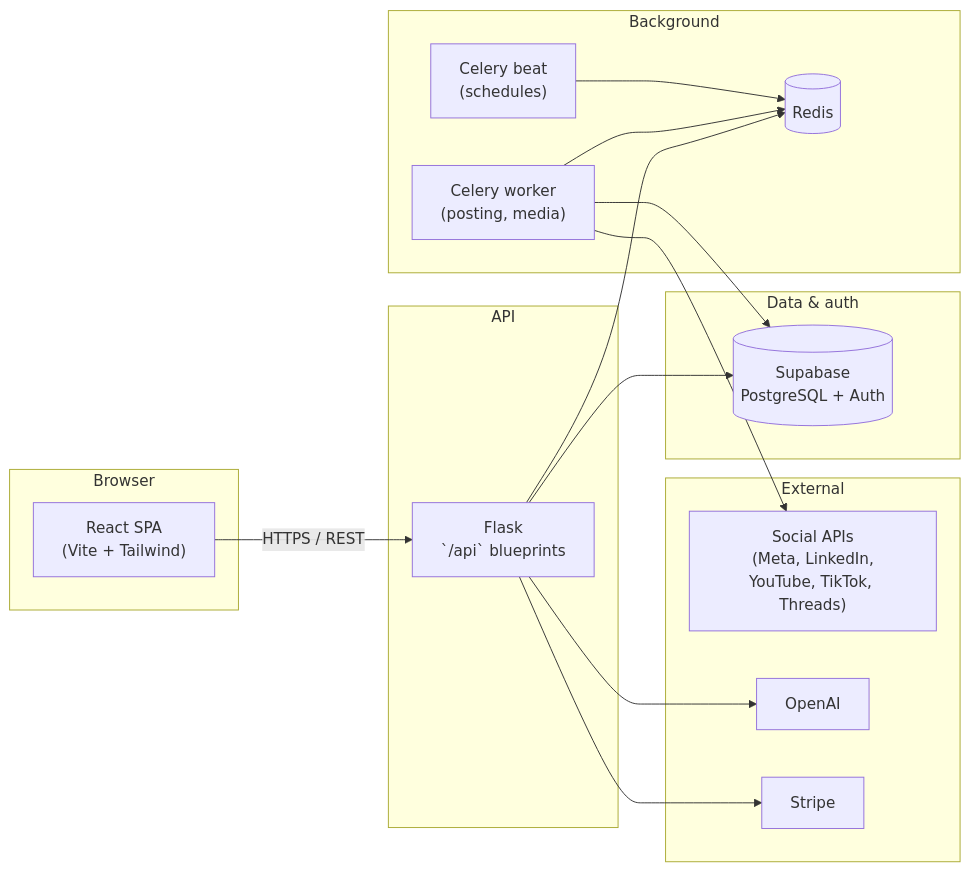
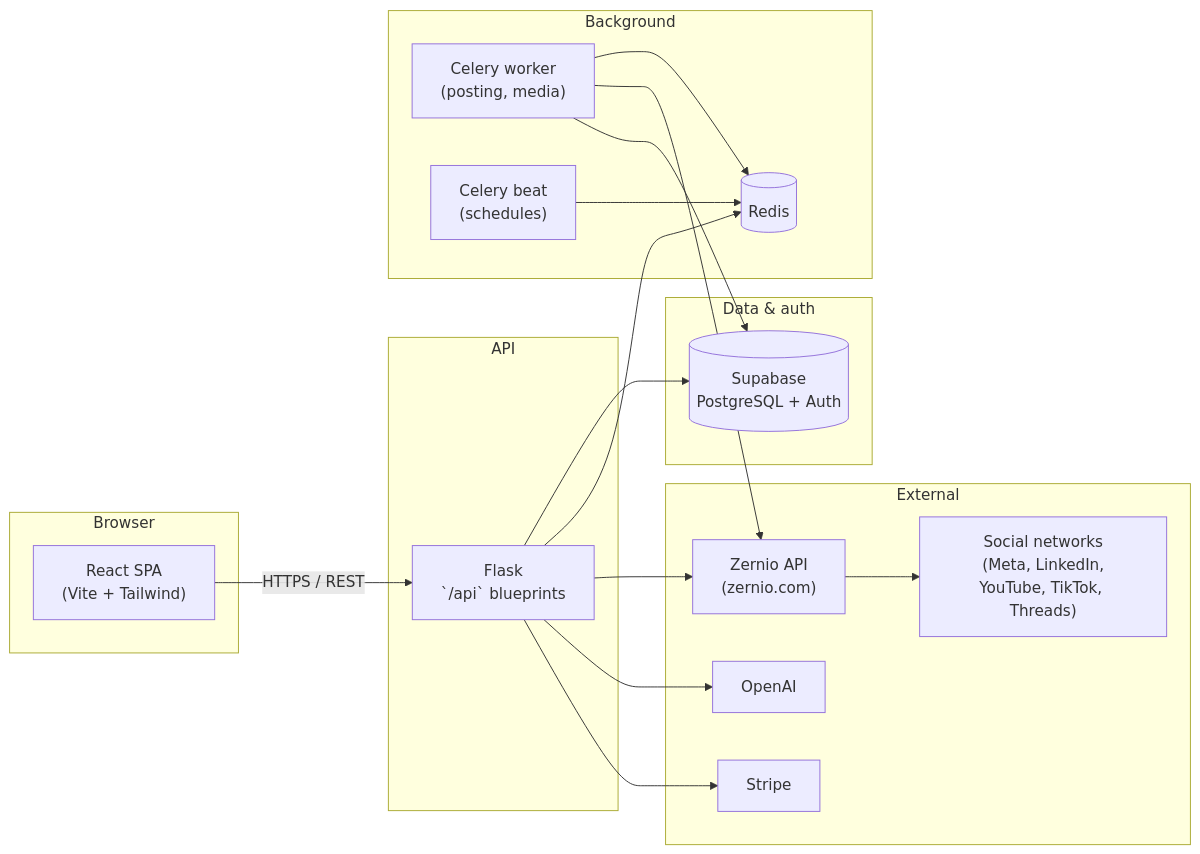
Before and after one commit to Hugongra/Postwand_project: the diagram in README.md, drawn with Mermaid. The commit also changed other lines of this file, not shown here.

Commit message:
docs(readme): credit Zernio API and zernio-dev org

````diff
--- a/README.md
+++ b/README.md
@@ -48,36 +51,39 @@
 ```mermaid
 flowchart LR
   subgraph client["Browser"]
     UI["React SPA\n(Vite + Tailwind)"]
   end
 
   subgraph edge["API"]
     API["Flask\n`/api` blueprints"]
   end
 
   subgraph data["Data & auth"]
     SB[("Supabase\nPostgreSQL + Auth")]
   end
 
   subgraph async["Background"]
     R[("Redis")]
     W["Celery worker\n(posting, media)"]
     B["Celery beat\n(schedules)"]
   end
 
   subgraph ext["External"]
-    SM["Social APIs\n(Meta, LinkedIn,\nYouTube, TikTok, Threads)"]
+    ZERN["Zernio API\n(zernio.com)"]
+    SM["Social networks\n(Meta, LinkedIn,\nYouTube, TikTok, Threads)"]
     OAI["OpenAI"]
     STR["Stripe"]
   end
 
   UI -->|HTTPS / REST| API
   API --> SB
   API --> R
   W --> R
   B --> R
-  W --> SM
+  API --> ZERN
+  W --> ZERN
+  ZERN --> SM
   W --> SB
   API --> OAI
   API --> STR
 ```
````
